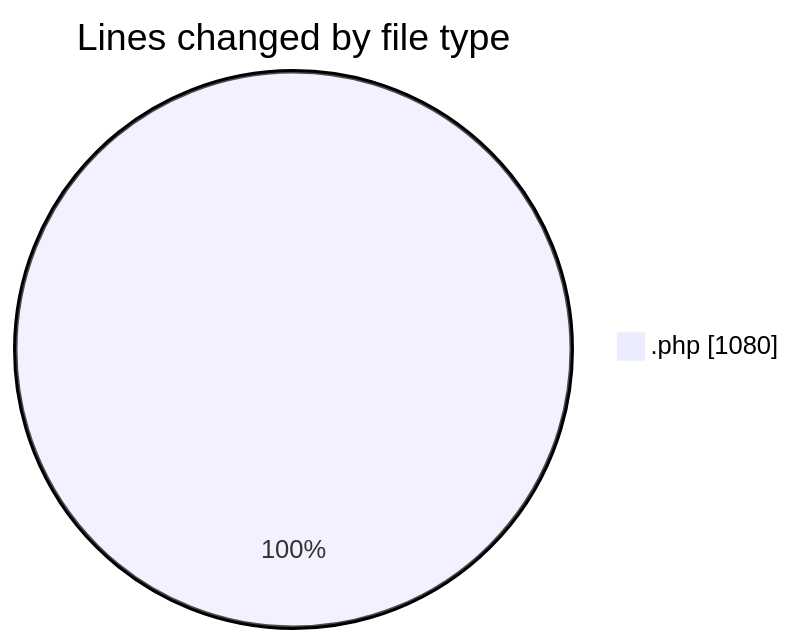
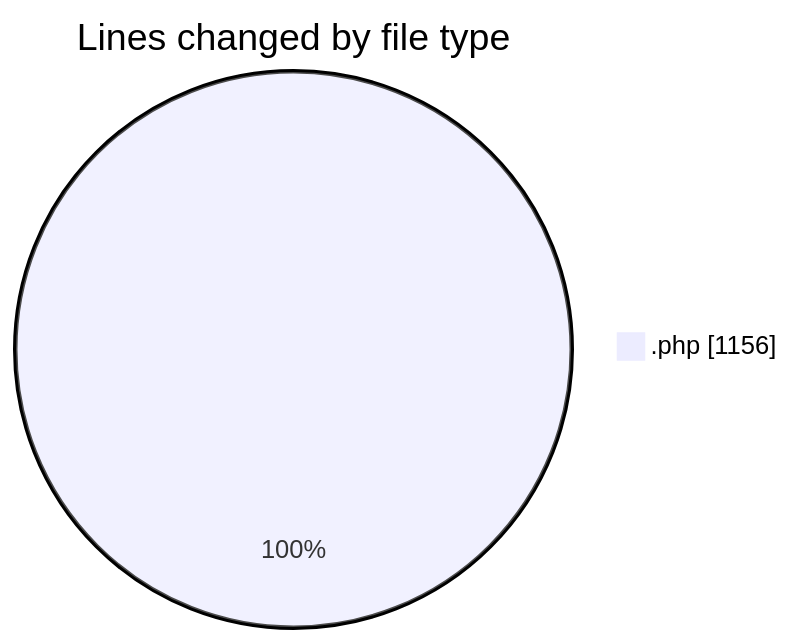
One commit to LanceThiago/code-tracking changed the first of 2 diagrams in 2025-10-03/totem2/README.md. Above: the diagram before and after it, drawn with Mermaid. The commit also changed other lines of this file and 1 other file, not shown here.

````diff
--- a/2025-10-03/totem2/README.md
+++ b/2025-10-03/totem2/README.md
@@ -22,5 +22,5 @@
 ```mermaid
 pie showData
 title Lines changed by file type
-".php" : 1080
+".php" : 1156
 ```
````
